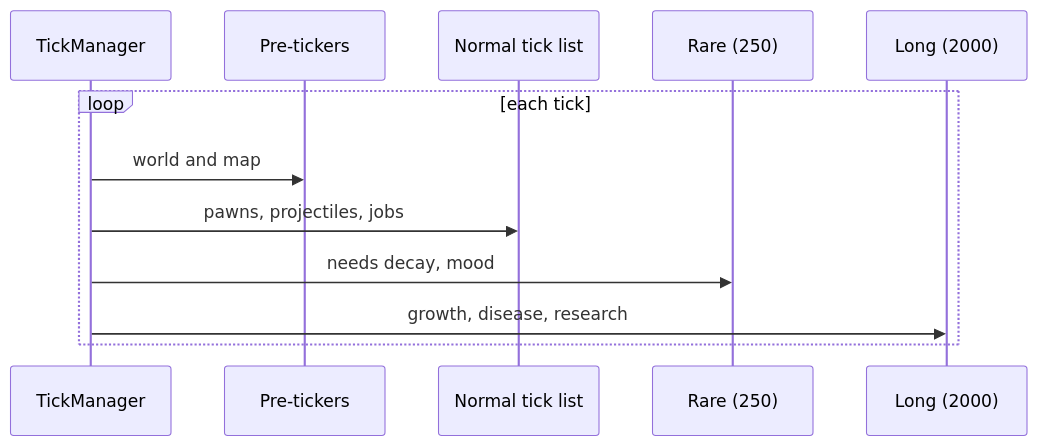
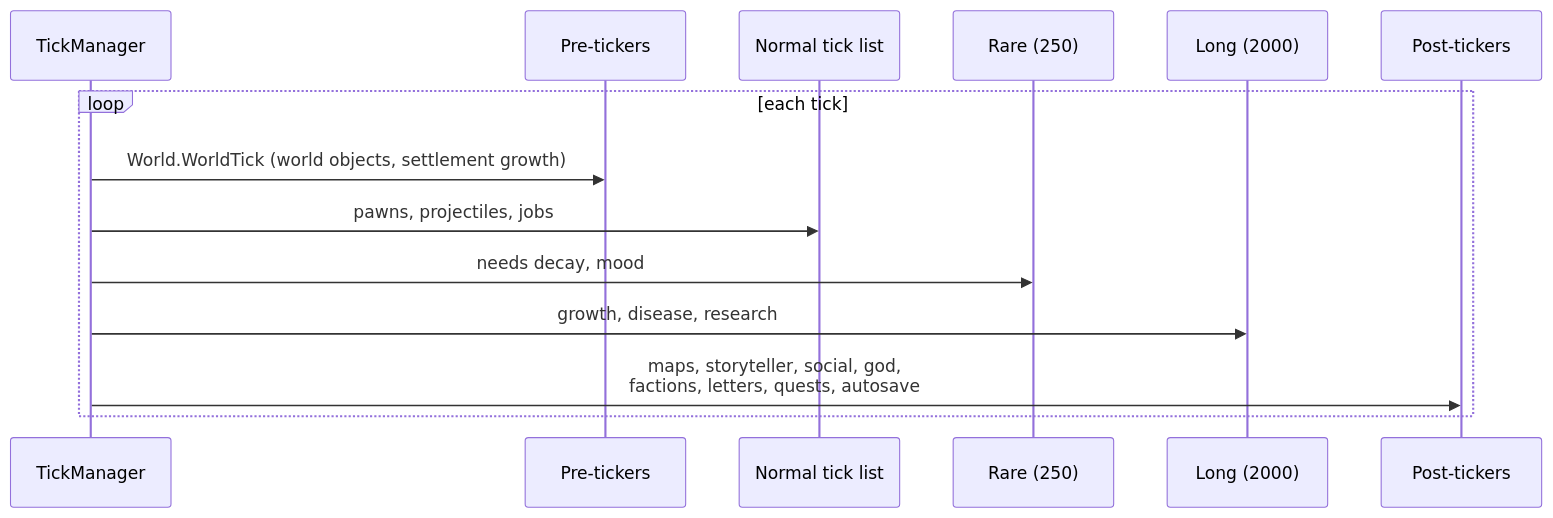
One commit to m2windham/simWorld changed the fourth of 13 diagrams in docs/spec/simworld-spec.md. Above: the diagram before and after it, drawn with Mermaid. The commit also changed other lines of this file and 59 other files, not shown here.

````diff
--- a/docs/spec/simworld-spec.md
+++ b/docs/spec/simworld-spec.md
@@ -196,14 +240,16 @@
 ```mermaid
 sequenceDiagram
   participant TM as TickManager
   participant Pre as Pre-tickers
   participant N as Normal tick list
   participant R as Rare (250)
   participant L as Long (2000)
+  participant Post as Post-tickers
   loop each tick
-    TM->>Pre: world and map
+    TM->>Pre: World.WorldTick (world objects, settlement growth)
     TM->>N: pawns, projectiles, jobs
     TM->>R: needs decay, mood
     TM->>L: growth, disease, research
+    TM->>Post: maps, storyteller, social, god,<br/>factions, letters, quests, autosave
   end
 ```
````
